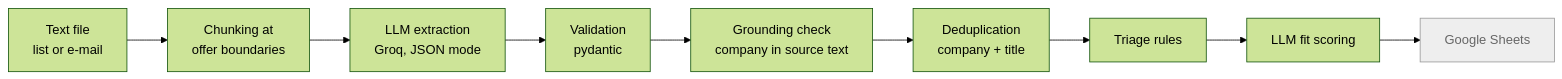
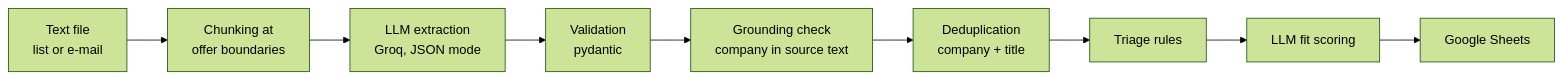
The diagram in README.md (F-Korpik/job-agent), drawn with Mermaid (forest theme) before and after one commit. The commit also changed other lines of this file, not shown here.

````diff
--- a/README.md
+++ b/README.md
@@ -15,14 +15,11 @@
 ```mermaid
 flowchart LR
     A[Text file<br/>list or e-mail] --> B[Chunking at<br/>offer boundaries]
     B --> C[LLM extraction<br/>Groq, JSON mode]
     C --> D[Validation<br/>pydantic]
     D --> E[Grounding check<br/>company in source text]
     E --> F[Deduplication<br/>company + title]
     F --> G[Triage rules]
     G --> H[LLM fit scoring]
     H --> I[Google Sheets]
-
-    classDef todo fill:#eee,stroke:#999,color:#666
-    class I todo
 ```
````
